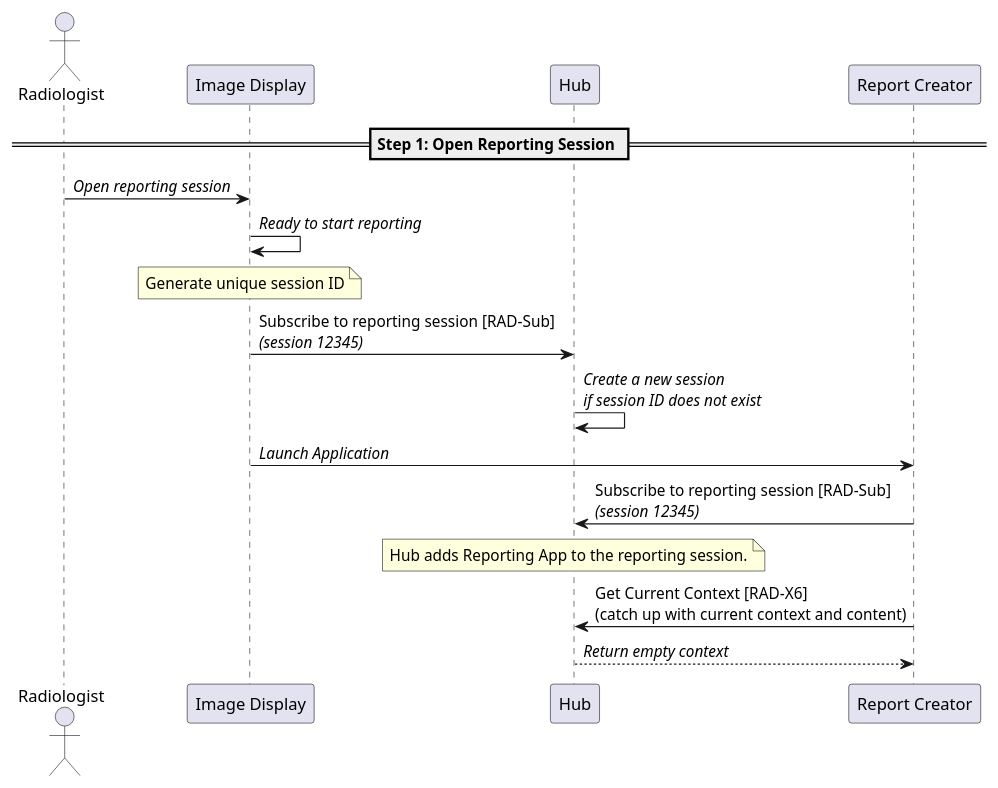
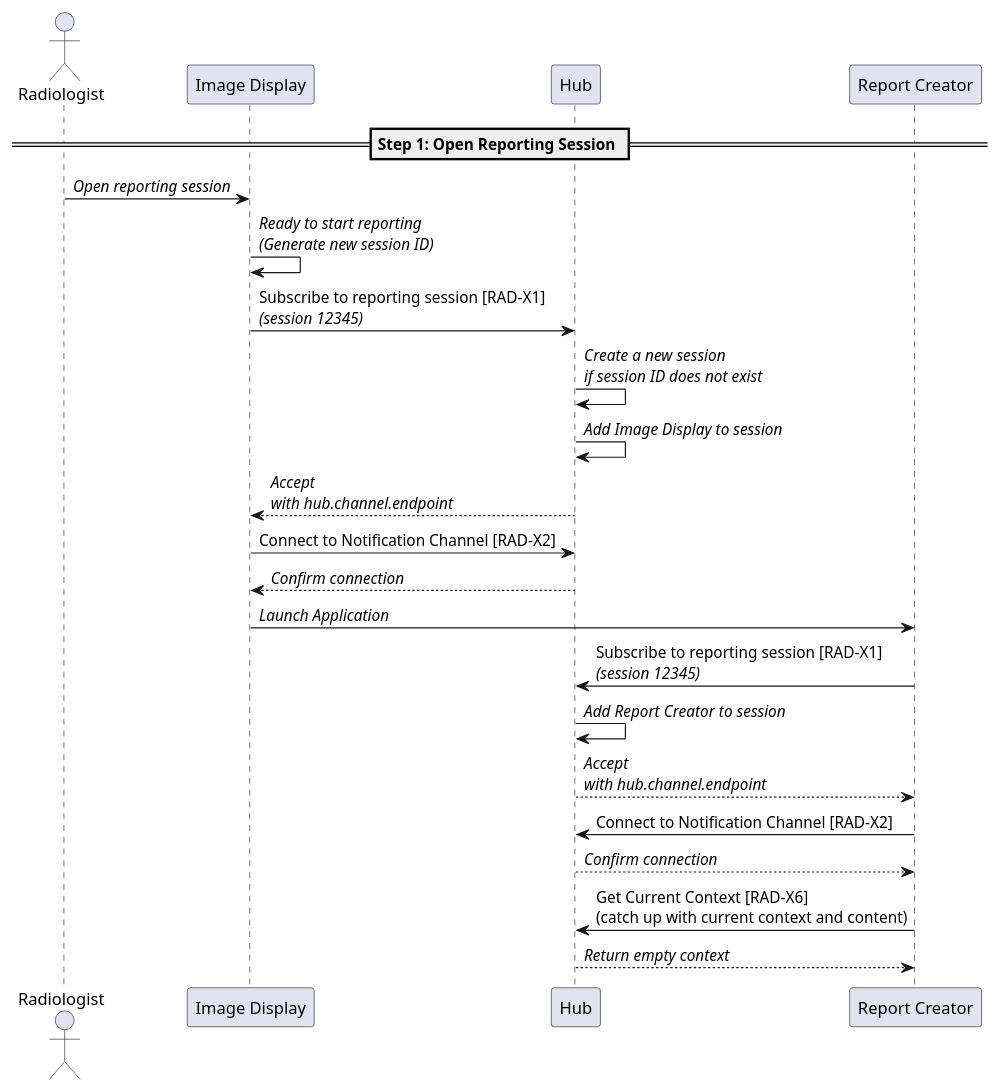
Before and after one commit to IHE/RAD.IRA: the diagram in input/images-source/step1-open-reporting-session.plantuml, drawn with PlantUML.

Commit message:
Replace RAD-sub with actual transactions.

```diff
--- a/input/images-source/step1-open-reporting-session.plantuml
+++ b/input/images-source/step1-open-reporting-session.plantuml
@@ -1,29 +1,35 @@
 @startuml
 
 actor Radiologist as User
 participant "Image Display" as PACS
 participant "Hub" as Hub
 participant "Report Creator" as Report
 
 == Step 1: Open Reporting Session ==
 
 User->PACS: //Open reporting session//
-PACS->PACS: //Ready to start reporting//
-note over PACS
-Generate unique session ID
-end note
+PACS->PACS: //Ready to start reporting//\n//(Generate new session ID)//
 
-PACS->Hub: Subscribe to reporting session [RAD-Sub]\n//(session 12345)//
+PACS->Hub: Subscribe to reporting session [RAD-X1]\n//(session 12345)//
 Hub->Hub: //Create a new session//\n//if session ID does not exist//
+
+Hub->Hub: //Add Image Display to session//
+
+Hub-->PACS: //Accept//\n//with hub.channel.endpoint//
+PACS->Hub: Connect to Notification Channel [RAD-X2]
+Hub-->PACS: //Confirm connection//
 
 PACS->Report: //Launch Application//
 
-Report->Hub: Subscribe to reporting session [RAD-Sub]\n//(session 12345)//
-note over Hub
-Hub adds Reporting App to the reporting session.
-end note
+Report->Hub: Subscribe to reporting session [RAD-X1]\n//(session 12345)//
+
+Hub->Hub: //Add Report Creator to session//
+
+Hub-->Report: //Accept//\n//with hub.channel.endpoint//
+Report->Hub: Connect to Notification Channel [RAD-X2]
+Hub-->Report: //Confirm connection//
 
 Report->Hub: Get Current Context [RAD-X6]\n(catch up with current context and content)
 Hub-->Report: //Return empty context//
 
 @enduml
```
